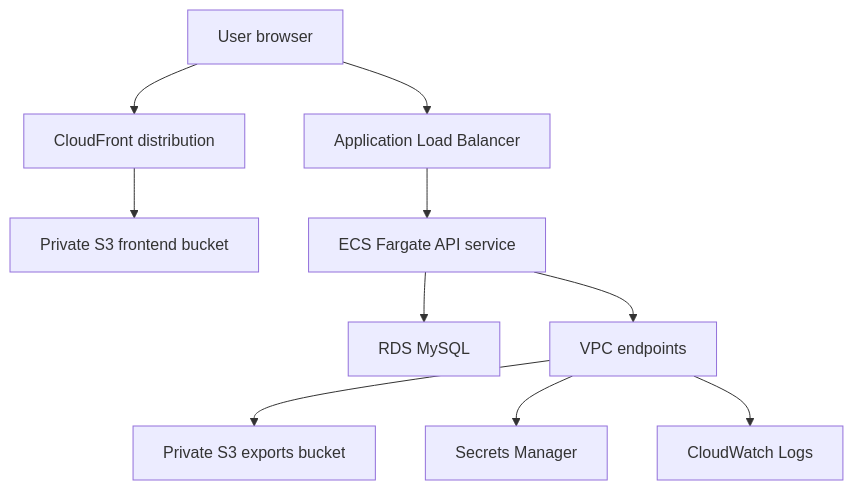
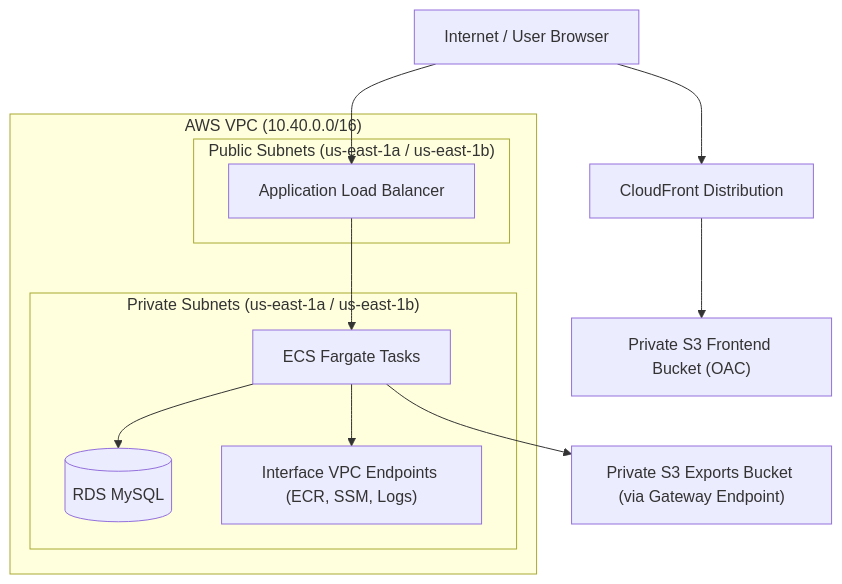
Before and after one commit to lightning1377/smoke-tracker-cloud-dashboard: the diagram in docs/architecture.md, drawn with Mermaid. The commit also changed other lines of this file and 3 other files, not shown here.

````diff
--- a/docs/architecture.md
+++ b/docs/architecture.md
@@ -5,12 +11,22 @@
 ```mermaid
 flowchart TD
-  user["User browser"] --> cloudfront["CloudFront distribution"]
-  cloudfront --> s3frontend["Private S3 frontend bucket"]
-  user --> alb["Application Load Balancer"]
-  alb --> ecs["ECS Fargate API service"]
-  ecs --> rds["RDS MySQL"]
-  ecs --> endpoints["VPC endpoints"]
-  endpoints --> exports["Private S3 exports bucket"]
-  endpoints --> secrets["Secrets Manager"]
-  endpoints --> logs["CloudWatch Logs"]
+  subgraph VPC ["AWS VPC (10.40.0.0/16)"]
+    subgraph PublicSubnets ["Public Subnets (us-east-1a / us-east-1b)"]
+      alb["Application Load Balancer"]
+    end
+
+    subgraph PrivateSubnets ["Private Subnets (us-east-1a / us-east-1b)"]
+      ecs["ECS Fargate Tasks"]
+      rds[("RDS MySQL")]
+      vpce["Interface VPC Endpoints (ECR, SSM, Logs)"]
+    end
+  end
+
+  internet["Internet / User Browser"] --> cloudfront["CloudFront Distribution"]
+  cloudfront --> s3_front["Private S3 Frontend Bucket (OAC)"]
+  internet --> alb
+  alb --> ecs
+  ecs --> rds
+  ecs --> s3_exports["Private S3 Exports Bucket (via Gateway Endpoint)"]
+  ecs --> vpce
 ```
````
